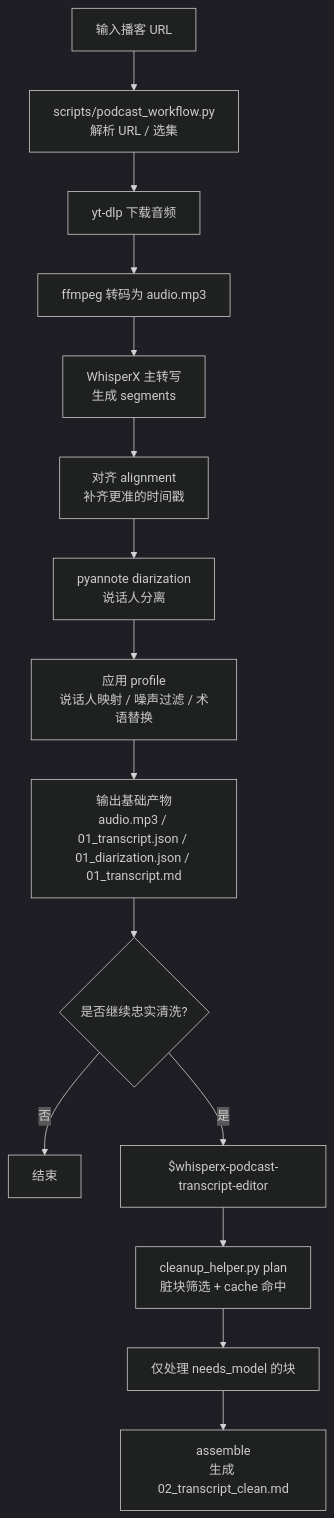
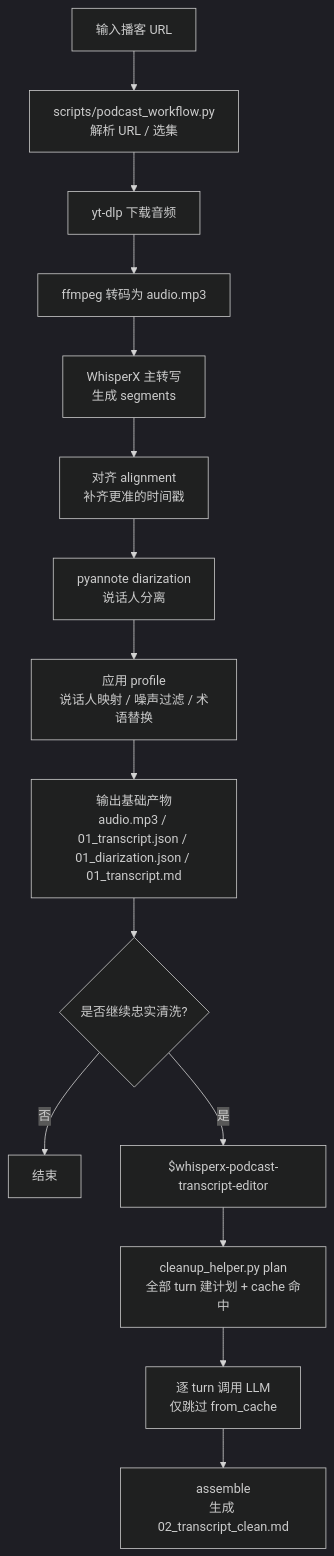
One commit to kongdada/whisperX-podcast changed the diagram in scripts/README.podcast_workflow.zh.md. Above: the diagram before and after it, drawn with Mermaid (dark theme). The commit also changed other lines of this file and 9 other files, not shown here.

Commit message:
Refine LLM transcript cleanup workflow

````diff
--- a/scripts/README.podcast_workflow.zh.md
+++ b/scripts/README.podcast_workflow.zh.md
@@ -22,17 +27,17 @@
 ```mermaid
 flowchart TD
     A["输入播客 URL"] --> B["scripts/podcast_workflow.py<br/>解析 URL / 选集"]
     B --> C["yt-dlp 下载音频"]
     C --> D["ffmpeg 转码为 audio.mp3"]
     D --> E["WhisperX 主转写<br/>生成 segments"]
     E --> F["对齐 alignment<br/>补齐更准的时间戳"]
     F --> G["pyannote diarization<br/>说话人分离"]
     G --> H["应用 profile<br/>说话人映射 / 噪声过滤 / 术语替换"]
     H --> I["输出基础产物<br/>audio.mp3 / 01_transcript.json / 01_diarization.json / 01_transcript.md"]
     I --> J{"是否继续忠实清洗?"}
     J -- "否" --> K["结束"]
     J -- "是" --> L["$whisperx-podcast-transcript-editor"]
-    L --> M["cleanup_helper.py plan<br/>脏块筛选 + cache 命中"]
-    M --> N["仅处理 needs_model 的块"]
+    L --> M["cleanup_helper.py plan<br/>全部 turn 建计划 + cache 命中"]
+    M --> N["逐 turn 调用 LLM<br/>仅跳过 from_cache"]
     N --> O["assemble<br/>生成 02_transcript_clean.md"]
 ```
````
